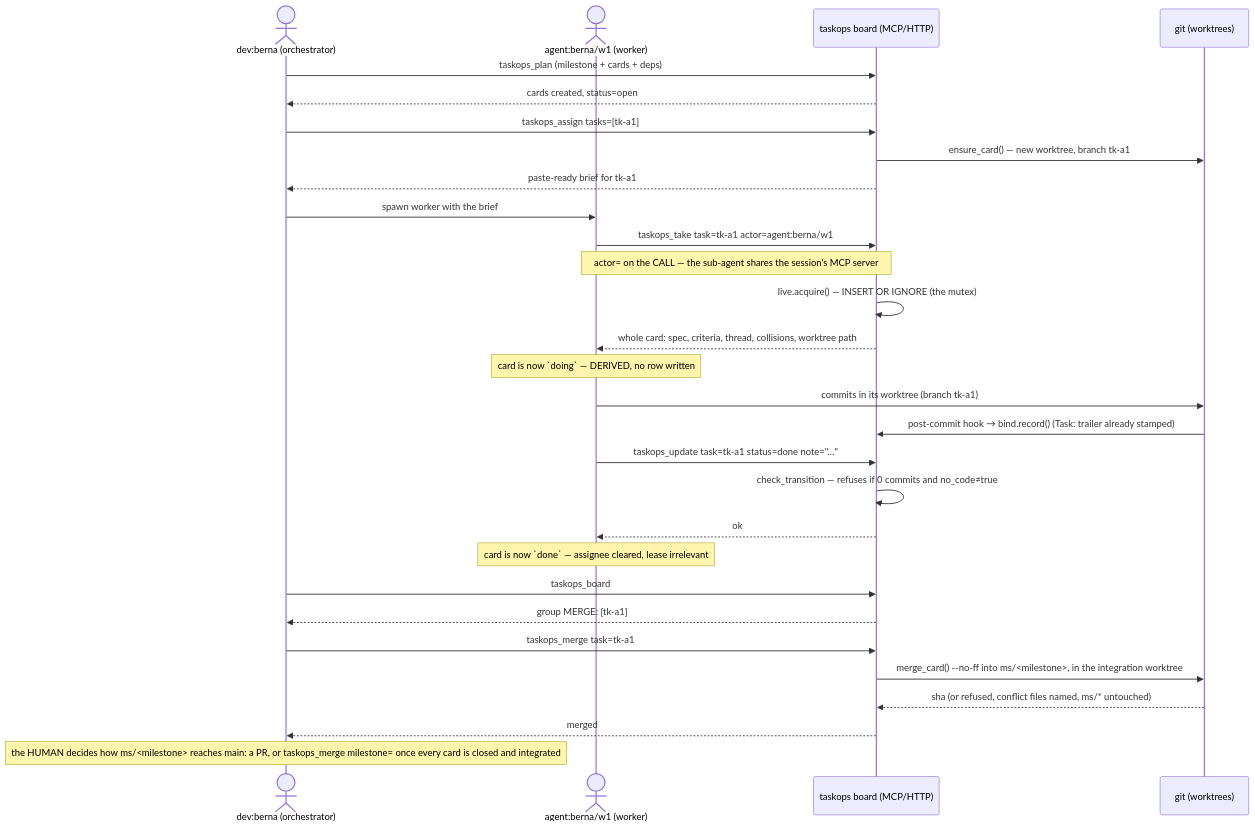
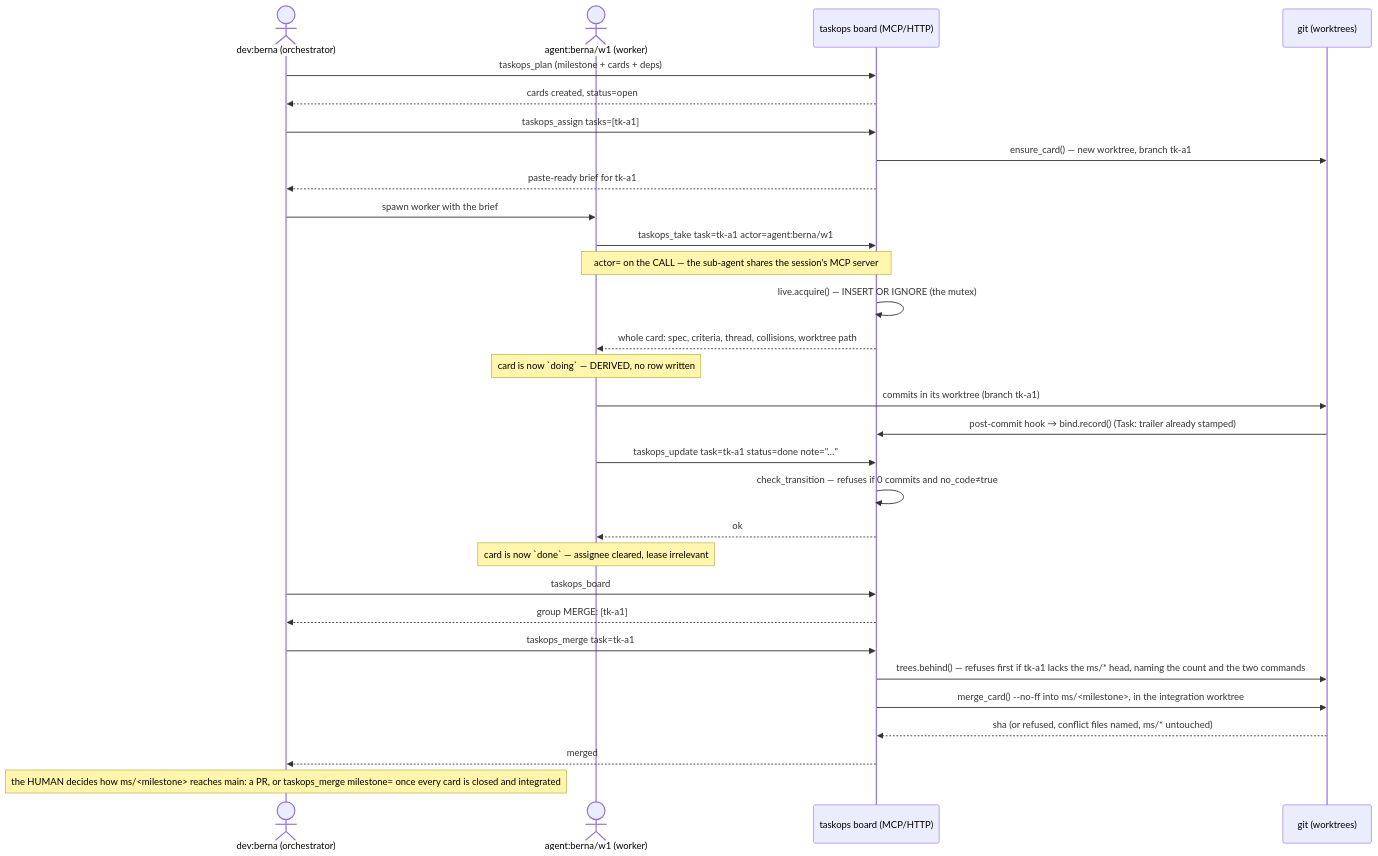
The seventh of 8 diagrams in ARCHITECTURE.md (bernatch22/taskops), drawn with Mermaid before and after one commit.

Commit message:
docs: the merge sequence shows the staleness gate before the merge
Task: tk-b833ef

````diff
--- a/ARCHITECTURE.md
+++ b/ARCHITECTURE.md
@@ -383,38 +383,39 @@
 ```mermaid
 sequenceDiagram
     actor Dev as dev:berna (orchestrator)
     actor W1 as agent:berna/w1 (worker)
     participant Board as taskops board (MCP/HTTP)
     participant Git as git (worktrees)
 
     Dev->>Board: taskops_plan (milestone + cards + deps)
     Board-->>Dev: cards created, status=open
 
     Dev->>Board: taskops_assign tasks=[tk-a1]
     Board->>Git: ensure_card() — new worktree, branch tk-a1
     Board-->>Dev: paste-ready brief for tk-a1
     Dev->>W1: spawn worker with the brief
 
     W1->>Board: taskops_take task=tk-a1 actor=agent:berna/w1
     Note over W1,Board: actor= on the CALL — the sub-agent shares the session's MCP server
     Board->>Board: live.acquire() — INSERT OR IGNORE (the mutex)
     Board-->>W1: whole card: spec, criteria, thread, collisions, worktree path
     Note over W1: card is now `doing` — DERIVED, no row written
 
     W1->>Git: commits in its worktree (branch tk-a1)
     Git->>Board: post-commit hook → bind.record() (Task: trailer already stamped)
 
     W1->>Board: taskops_update task=tk-a1 status=done note="…"
     Board->>Board: check_transition — refuses if 0 commits and no_code≠true
     Board-->>W1: ok
     Note over W1: card is now `done` — assignee cleared, lease irrelevant
 
     Dev->>Board: taskops_board
     Board-->>Dev: group MERGE: [tk-a1]
     Dev->>Board: taskops_merge task=tk-a1
+    Board->>Git: trees.behind() — refuses first if tk-a1 lacks the ms/* head, naming the count and the two commands
     Board->>Git: merge_card() --no-ff into ms/<milestone>, in the integration worktree
     Git-->>Board: sha (or refused, conflict files named, ms/* untouched)
     Board-->>Dev: merged
 
     Note over Dev: the HUMAN decides how ms/<milestone> reaches main: a PR, or taskops_merge milestone= once every card is closed and integrated
 ```
````
